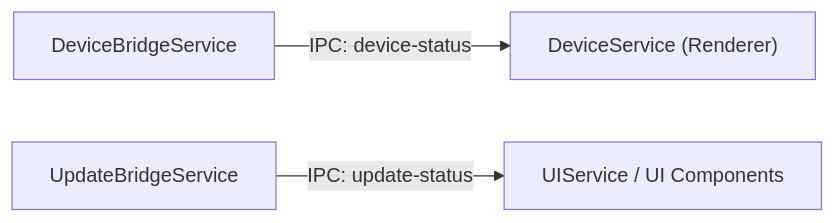
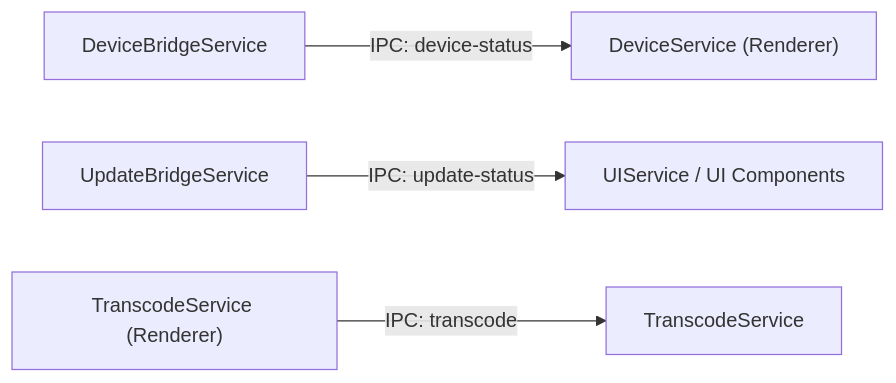
One commit to josstei/prismgb-app changed the sixth of 6 diagrams in docs/architecture-diagrams-onboarding.md. Above: the diagram before and after it, drawn with Mermaid. The commit also changed other lines of this file and 80 other files, not shown here.

````diff
--- a/docs/architecture-diagrams-onboarding.md
+++ b/docs/architecture-diagrams-onboarding.md
@@ -111,10 +119,13 @@
 ```mermaid
 flowchart LR
   DeviceBridge[DeviceBridgeService]
   UpdateBridge[UpdateBridgeService]
+  TranscodeService[TranscodeService]
   DeviceServiceRenderer["DeviceService (Renderer)"]
   UIService["UIService / UI Components"]
+  TranscodeServiceRenderer["TranscodeService (Renderer)"]
 
   DeviceBridge -- IPC: device-status --> DeviceServiceRenderer
   UpdateBridge -- IPC: update-status --> UIService
+  TranscodeServiceRenderer -- IPC: transcode --> TranscodeService
 ```
````
